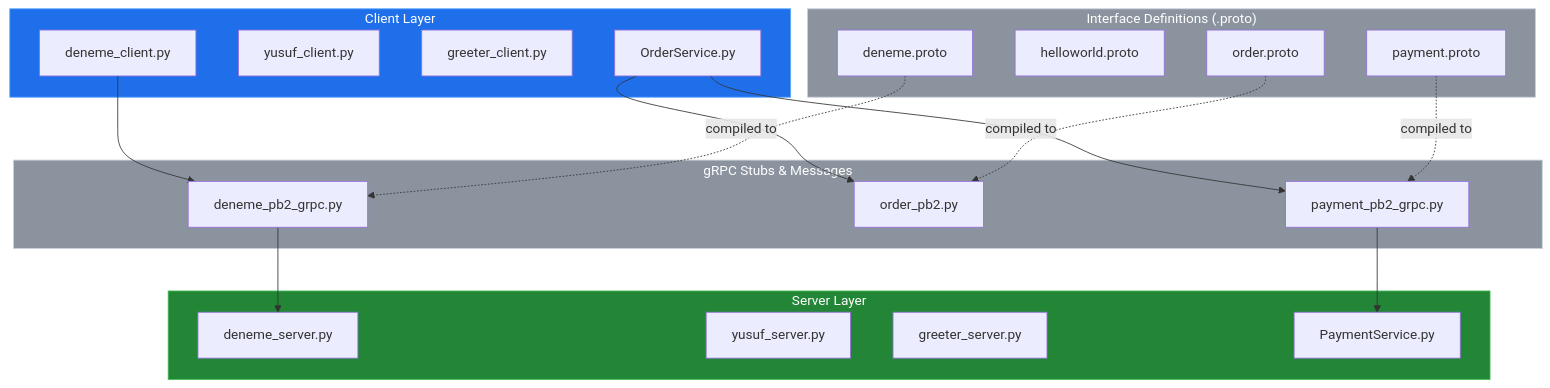
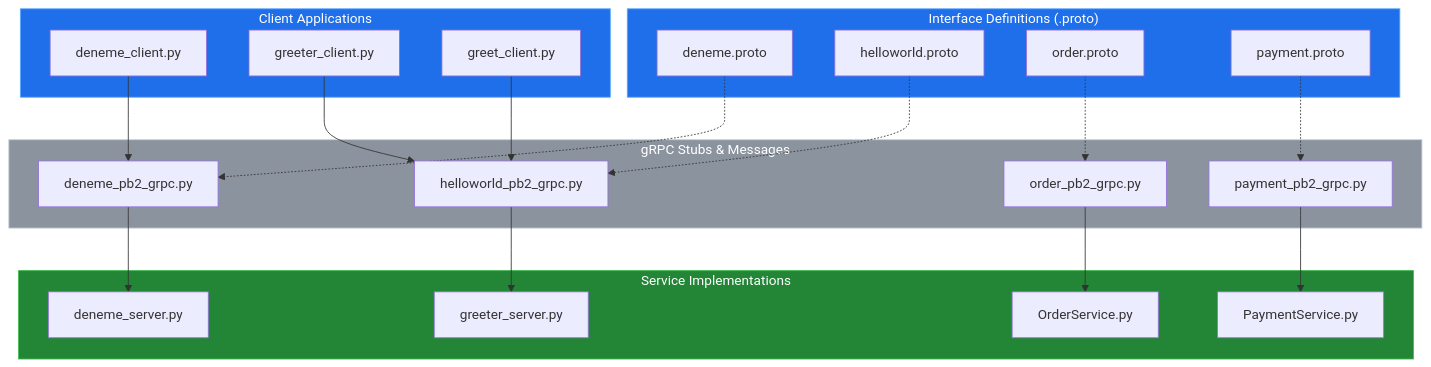
One commit to YusuffBulbul/GRPC_calisma changed the first of 2 diagrams in README_ARCH.md. Above: the diagram before and after it, drawn with Mermaid. The commit also changed other lines of this file, not shown here.

Commit message:
docs: update system blueprint (2026-09-07)

````diff
--- a/README_ARCH.md
+++ b/README_ARCH.md
@@ -20,44 +19,49 @@
 ```mermaid
 flowchart TD
-    subgraph ClientLayer ["Client Layer"]
-        C1["deneme_client.py"]
-        C2["yusuf_client.py"]
-        C3["greeter_client.py"]
-        C4["OrderService.py"]
-    end
-
-    subgraph ProtoDefinitions ["Interface Definitions (.proto)"]
+    subgraph Protobuf ["Interface Definitions (.proto)"]
         P1["deneme.proto"]
         P2["helloworld.proto"]
         P3["order.proto"]
         P4["payment.proto"]
     end
 
-    subgraph GeneratedCode ["gRPC Stubs & Messages"]
+    subgraph Generated ["gRPC Stubs & Messages"]
         G1["deneme_pb2_grpc.py"]
-        G2["order_pb2.py"]
-        G3["payment_pb2_grpc.py"]
+        G2["helloworld_pb2_grpc.py"]
+        G3["order_pb2_grpc.py"]
+        G4["payment_pb2_grpc.py"]
     end
 
-    subgraph ServerLayer ["Server Layer"]
+    subgraph Logic ["Service Implementations"]
         S1["deneme_server.py"]
-        S2["yusuf_server.py"]
-        S3["greeter_server.py"]
+        S2["greeter_server.py"]
+        S3["OrderService.py"]
         S4["PaymentService.py"]
     end
 
+    subgraph Clients ["Client Applications"]
+        C1["deneme_client.py"]
+        C2["greeter_client.py"]
+        C3["greet_client.py"]
+    end
+
+    P1 -.-> G1
+    P2 -.-> G2
+    P3 -.-> G3
+    P4 -.-> G4
+
+    G1 --> S1
+    G2 --> S2
+    G3 --> S3
+    G4 --> S4
+
     C1 --> G1
-    C4 --> G2
-    C4 --> G3
-    G1 --> S1
-    G3 --> S4
-    P1 -.->|compiled to| G1
-    P3 -.->|compiled to| G2
-    P4 -.->|compiled to| G3
+    C2 --> G2
+    C3 --> G2
 
-    style ClientLayer fill:#1f6feb,stroke:#58a6ff,color:#fff
-    style ServerLayer fill:#238636,stroke:#3fb950,color:#fff
-    style ProtoDefinitions fill:#8b949e,stroke:#c9d1d9,color:#fff
-    style GeneratedCode fill:#8b949e,stroke:#c9d1d9,color:#fff
+    style Protobuf fill:#1f6feb,stroke:#58a6ff,color:#fff
+    style Generated fill:#8b949e,stroke:#c9d1d9,color:#fff
+    style Logic fill:#238636,stroke:#3fb950,color:#fff
+    style Clients fill:#1f6feb,stroke:#58a6ff,color:#fff
 
 ```
````
